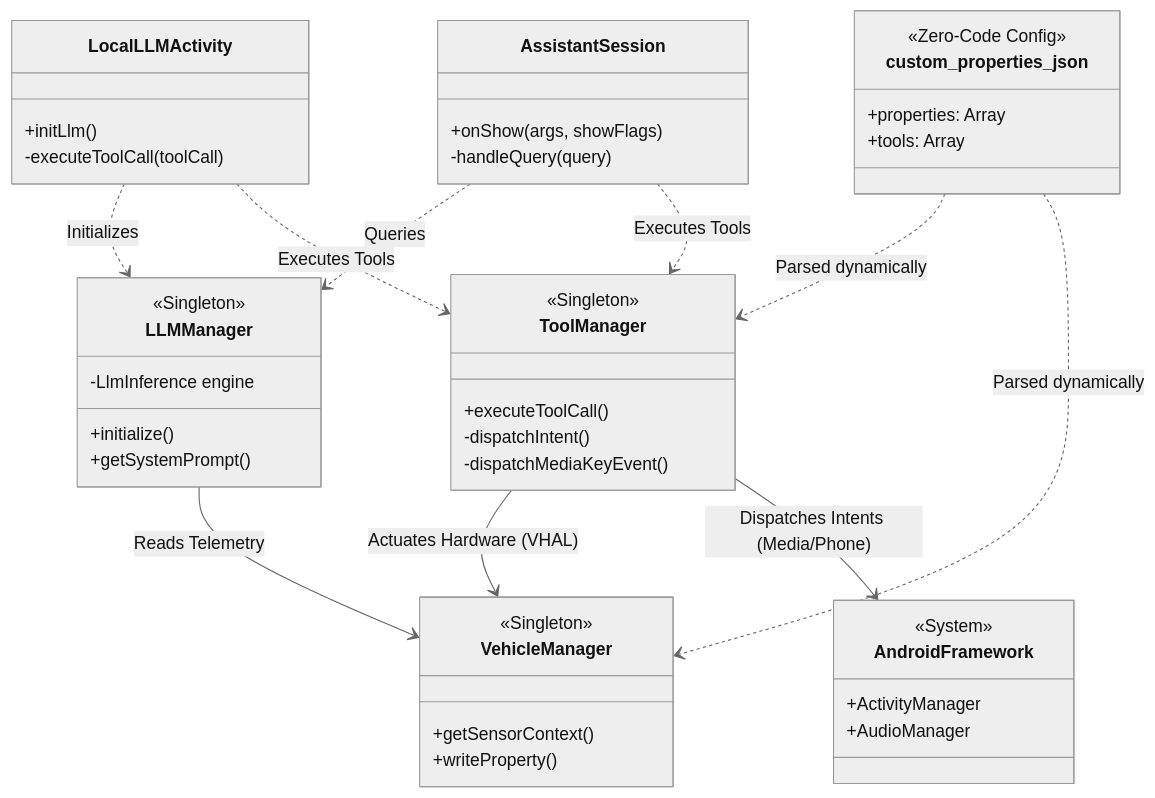
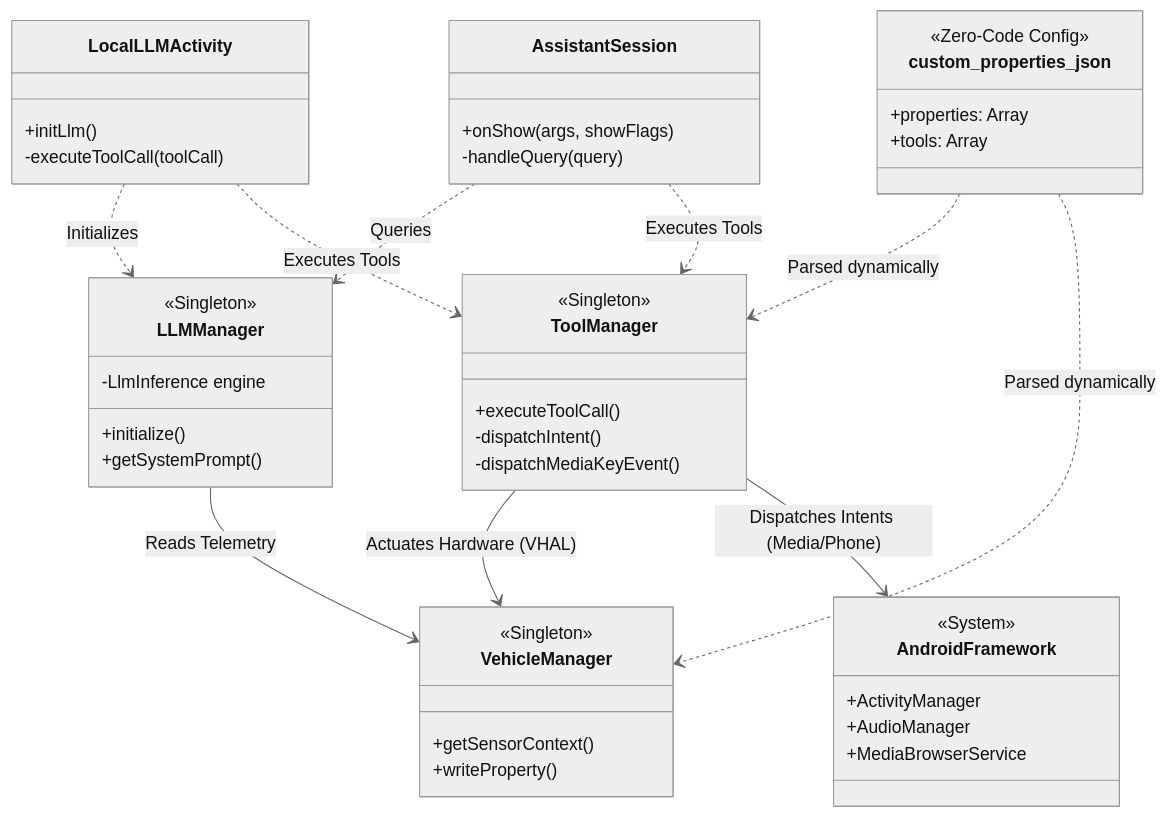
The fourth of 4 diagrams in ARCHITECTURE.md (hemangpandhi/ai-assistant), drawn with Mermaid (neutral theme) before and after one commit. The commit also changed other lines of this file, not shown here.

Commit message:
docs: explicitly add MediaBrowser and SharedPreferences to architecture diagrams

````diff
--- a/ARCHITECTURE.md
+++ b/ARCHITECTURE.md
@@ -152,55 +156,56 @@
 ```mermaid
 classDiagram
     class LocalLLMActivity {
         +initLlm()
         -executeToolCall(toolCall)
     }
 
     class AssistantSession {
         +onShow(args, showFlags)
         -handleQuery(query)
     }
 
     class LLMManager {
         <<Singleton>>
         -LlmInference engine
         +initialize()
         +getSystemPrompt()
     }
 
     class ToolManager {
         <<Singleton>>
         +executeToolCall()
         -dispatchIntent()
         -dispatchMediaKeyEvent()
     }
 
     class VehicleManager {
         <<Singleton>>
         +getSensorContext()
         +writeProperty()
     }
 
     class AndroidFramework {
         <<System>>
         +ActivityManager
         +AudioManager
+        +MediaBrowserService
     }
 
     class custom_properties_json {
         <<Zero-Code Config>>
         +properties: Array
         +tools: Array
     }
     
     %% Relationships
     LocalLLMActivity ..> LLMManager : Initializes
     AssistantSession ..> LLMManager : Queries
     LocalLLMActivity ..> ToolManager : Executes Tools
     AssistantSession ..> ToolManager : Executes Tools
     ToolManager --> VehicleManager : Actuates Hardware (VHAL)
     ToolManager --> AndroidFramework : Dispatches Intents (Media/Phone)
     LLMManager --> VehicleManager : Reads Telemetry
     custom_properties_json ..> ToolManager : Parsed dynamically
     custom_properties_json ..> VehicleManager : Parsed dynamically
 ```
````
